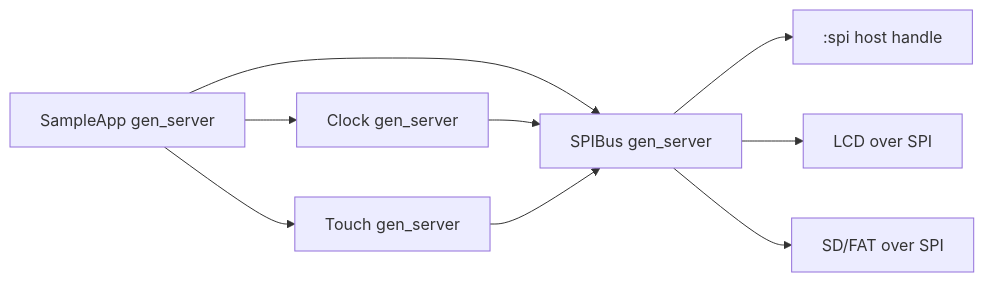
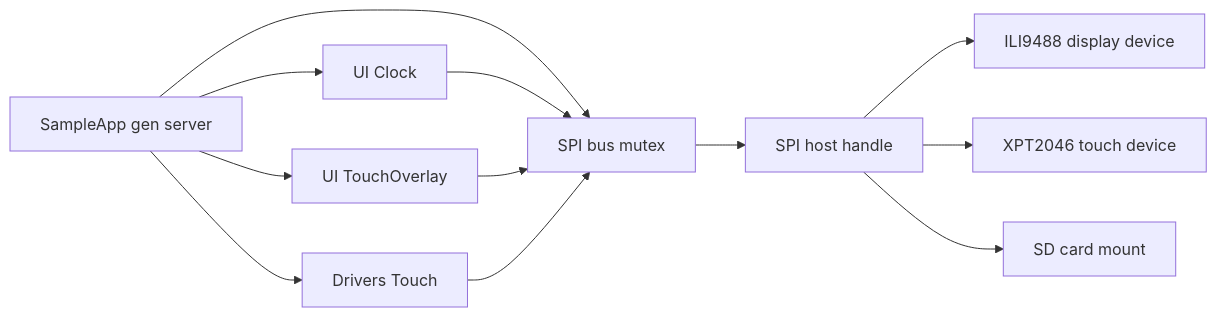
One commit to piyopiyoex/hello_atomvm_lcd_spi changed the diagram in README.md. Above: the diagram before and after it, drawn with Mermaid. The commit also changed other lines of this file and 16 other files, not shown here.

````diff
--- a/README.md
+++ b/README.md
@@ -20,11 +47,16 @@
 ```mermaid
 flowchart LR
-  Main[SampleApp gen_server] --> Clock[Clock gen_server]
-  Main --> Touch[Touch gen_server]
-  Main --> Bus[SPIBus gen_server]
+  App[SampleApp gen server] --> Bus[SPI bus mutex]
+  App --> Clock[UI Clock]
+  App --> Overlay[UI TouchOverlay]
+  App --> Touch[Drivers Touch]
+
   Clock --> Bus
+  Overlay --> Bus
   Touch --> Bus
-  Bus --> SPI[:spi host handle]
-  Bus --> LCD[LCD over SPI]
-  Bus --> SD[SD/FAT over SPI]
+
+  Bus --> SPIHost[SPI host handle]
+  SPIHost --> Display[ILI9488 display device]
+  SPIHost --> TouchDev[XPT2046 touch device]
+  SPIHost --> SDCard[SD card mount]
 ```
````
